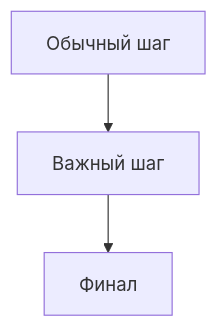
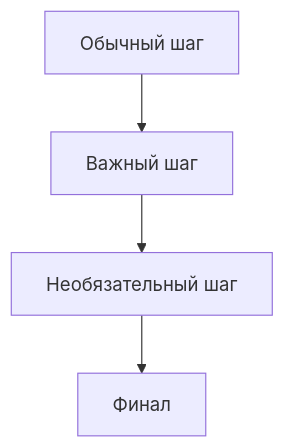
Before and after one commit to AlexandrKurbanov19/mermaid: diagram 15 of 24 in docs/EXAMPLES.md, drawn with Mermaid. The commit also changed other lines of this file and 9 other files, not shown here.

````diff
--- a/docs/EXAMPLES.md
+++ b/docs/EXAMPLES.md
@@ -153,5 +153,6 @@
 ```mermaid
 graph TD
     A[Обычный шаг] --> B[Важный шаг]:::accent
-    B --> C[Финал]
+    B --> C[Необязательный шаг]:::muted
+    C --> D[Финал]
 ```
````
